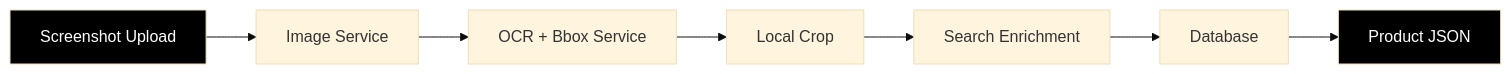
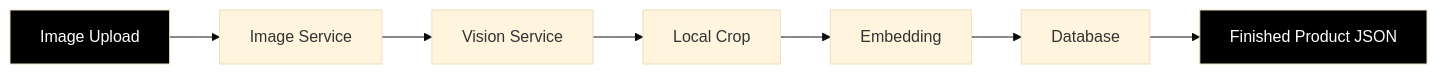
One commit to entropi-so/docs changed the first of 2 diagrams in architecture.mdx. Above: the diagram before and after it, drawn with Mermaid (base theme). The commit also changed other lines of this file and 26 other files, not shown here.

````diff
--- a/architecture.mdx
+++ b/architecture.mdx
@@ -12,12 +12,12 @@
 ```mermaid
 graph LR
-    A[Screenshot Upload] --> B[Image Service]
-    B --> C[OCR + Bbox Service]
+    A[Image Upload] --> B[Image Service]
+    B --> C[Vision Service]
     C --> D[Local Crop]
-    D --> E[Search Enrichment]
+    D --> E[Embedding]
     E --> F[Database]
-    F --> G[Product JSON]
-    
+    F --> G[Finished Product JSON]
+
     style A fill:#000000,color:#FFFFFF
     style G fill:#000000,color:#FFFFFF
 ```
````
